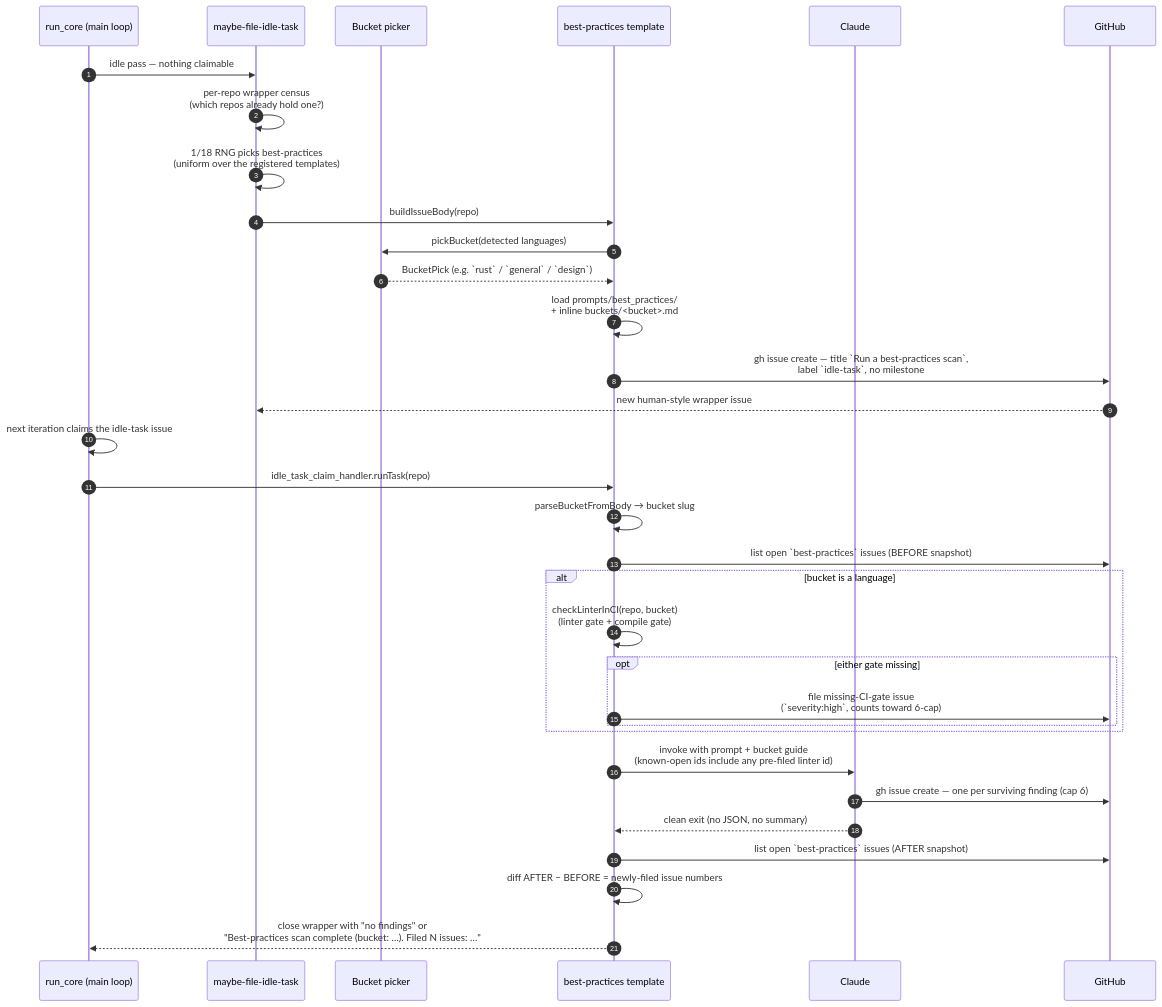
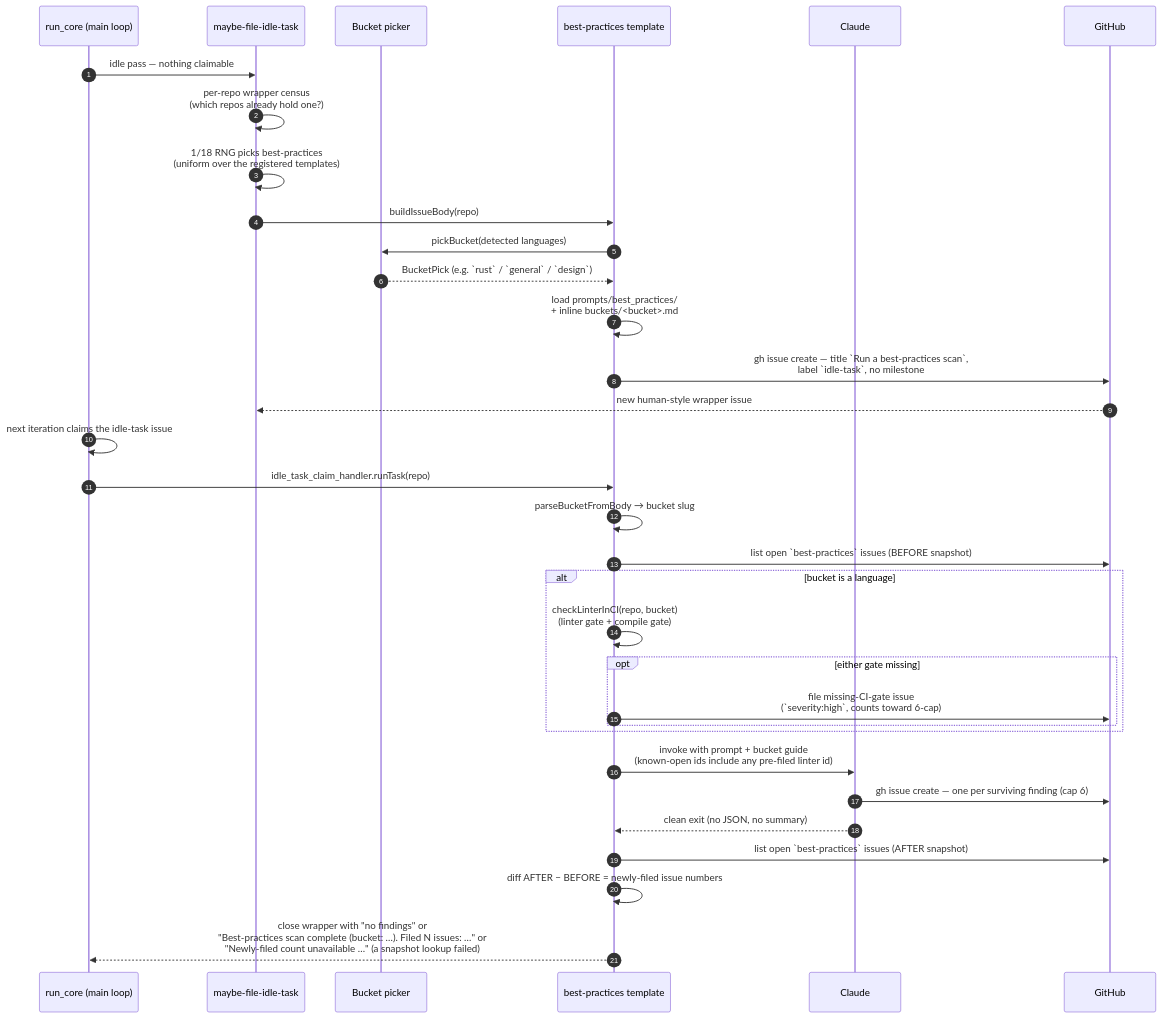
One commit to stSoftwareAU/VibeCoder changed the first of 2 diagrams in docs/BEST-PRACTICES-SCAN.md. Above: the diagram before and after it, drawn with Mermaid. The commit also changed other lines of this file and 9 other files, not shown here.

````diff
--- a/docs/BEST-PRACTICES-SCAN.md
+++ b/docs/BEST-PRACTICES-SCAN.md
@@ -192,36 +192,36 @@
 ```mermaid
 sequenceDiagram
     autonumber
     participant Main as run_core (main loop)
     participant Filer as maybe-file-idle-task
     participant Picker as Bucket picker
     participant Template as best-practices template
     participant Claude
     participant GH as GitHub
 
     Main->>Filer: idle pass — nothing claimable
     Filer->>Filer: per-repo wrapper census<br/>(which repos already hold one?)
     Filer->>Filer: 1/18 RNG picks best-practices<br/>(uniform over the registered templates)
     Filer->>Template: buildIssueBody(repo)
     Template->>Picker: pickBucket(detected languages)
     Picker-->>Template: BucketPick (e.g. `rust` / `general` / `design`)
     Template->>Template: load prompts/best_practices/<br/>+ inline buckets/<bucket>.md
     Template->>GH: gh issue create — title `Run a best-practices scan`,<br/>label `idle-task`, no milestone
     GH-->>Filer: new human-style wrapper issue
     Main->>Main: next iteration claims the idle-task issue
     Main->>Template: idle_task_claim_handler.runTask(repo)
     Template->>Template: parseBucketFromBody → bucket slug
     Template->>GH: list open `best-practices` issues (BEFORE snapshot)
     alt bucket is a language
         Template->>Template: checkLinterInCI(repo, bucket)<br/>(linter gate + compile gate)
         opt either gate missing
             Template->>GH: file missing-CI-gate issue<br/>(`severity:high`, counts toward 6-cap)
         end
     end
     Template->>Claude: invoke with prompt + bucket guide<br/>(known-open ids include any pre-filed linter id)
     Claude->>GH: gh issue create — one per surviving finding (cap 6)
     Claude-->>Template: clean exit (no JSON, no summary)
     Template->>GH: list open `best-practices` issues (AFTER snapshot)
     Template->>Template: diff AFTER − BEFORE = newly-filed issue numbers
-    Template-->>Main: close wrapper with "no findings" or<br/>"Best-practices scan complete (bucket: …). Filed N issues: …"
+    Template-->>Main: close wrapper with "no findings" or<br/>"Best-practices scan complete (bucket: …). Filed N issues: …" or<br/>"Newly-filed count unavailable …" (a snapshot lookup failed)
 ```
````
